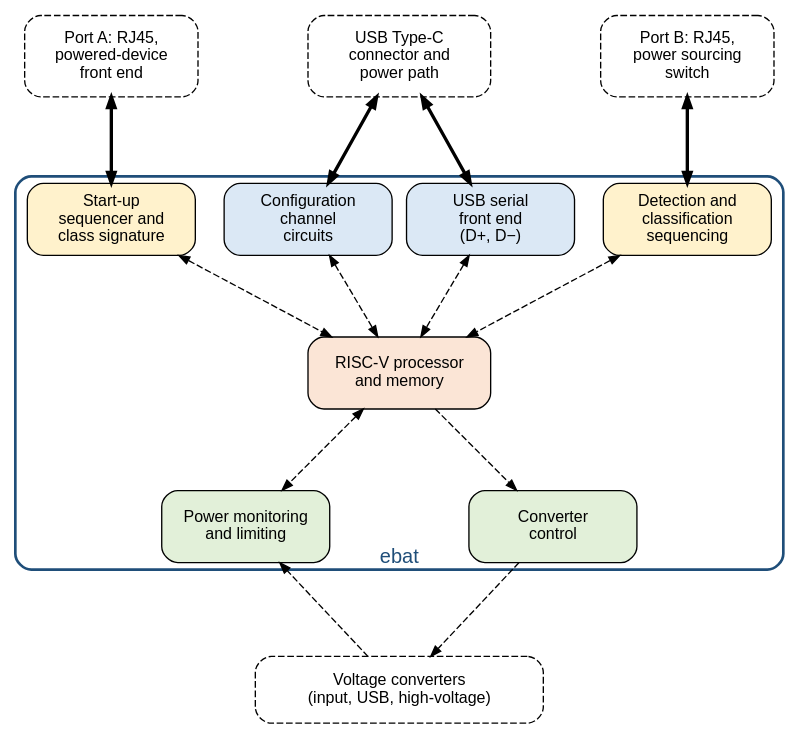
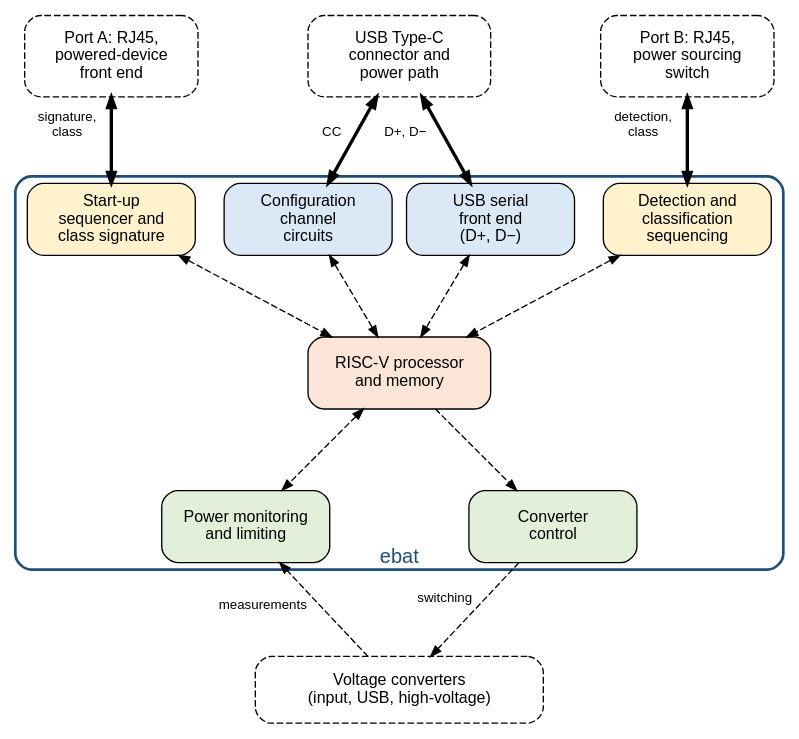
One commit to mithro/evampire changed the diagram in docs/ebat/block-diagram.dot. Above: the diagram before and after it, drawn with Graphviz. The commit also changed 5 other files, not shown here.

```diff
--- a/docs/ebat/block-diagram.dot
+++ b/docs/ebat/block-diagram.dot
@@ -1,82 +1,82 @@
 // ebat block diagram.
 // Bold arrows: power negotiation signals between the chip and the board
 // (detection, classification, configuration channel, USB data). Dashed
 // arrows: control and measurements.
 // Fill colours: white with a dashed outline, parts outside the chip; yellow,
 // Power over Ethernet circuits; blue, USB Type-C circuits; green, power
 // monitoring and converter control; orange, the processor.
 //
 // The blocks are placed on a fixed grid (positions in inches) so that the
 // diagram reads top to bottom and fits the width of a documentation page:
 //
 //   row 1 (y=7.6)  connectors and front ends outside the chip
 //   row 2 (y=5.9)  per-port circuits inside the chip
 //   row 3 (y=4.3)  processor
 //   row 4 (y=2.7)  monitoring and converter control
 //   row 5 (y=1.0)  voltage converters outside the chip
 //
 // SPDX-License-Identifier: Apache-2.0
 
 digraph ebat {
     graph [layout=neato, splines=false, overlap=true, outputorder=nodesfirst,
            fontname="Helvetica"];
     node  [shape=box, style="rounded,filled", fillcolor="#f2f2f2",
            fontname="Helvetica", fontsize=12, width=1.75, height=0.75,
            fixedsize=true];
-    edge  [arrowsize=0.8];
+    edge  [fontname="Helvetica", fontsize=10, arrowsize=0.8];
 
     // Outline of the chip, drawn first so it sits behind the blocks.
     chip [label="ebat", labelloc=b, fontsize=15, fontcolor="#1f4e79",
           pos="4.0,4.3!", width=8.0, height=4.1, style="rounded,bold",
           color="#1f4e79", fillcolor="none"];
 
     // Off-chip connectors and front ends.
     port_a [pos="1.0,7.6!", width=1.8, height=0.85,
             label="Port A: RJ45,\npowered-device\nfront end",
             style="rounded,filled,dashed", fillcolor="#ffffff"];
     usbc   [pos="4.0,7.6!", width=1.9, height=0.85,
             label="USB Type-C\nconnector and\npower path",
             style="rounded,filled,dashed", fillcolor="#ffffff"];
     port_b [pos="7.0,7.6!", width=1.8, height=0.85,
             label="Port B: RJ45,\npower sourcing\nswitch",
             style="rounded,filled,dashed", fillcolor="#ffffff"];
     conv   [pos="4.0,1.0!", width=3.0, height=0.7,
             label="Voltage converters\n(input, USB, high-voltage)",
             style="rounded,filled,dashed", fillcolor="#ffffff"];
 
     // Per-port circuits.
     seq  [pos="1.0,5.9!", label="Start-up\nsequencer and\nclass signature",
           fillcolor="#fff2cc"];
     cc   [pos="3.05,5.9!", label="Configuration\nchannel\ncircuits",
           fillcolor="#dbe8f5"];
     usbd [pos="4.95,5.9!", label="USB serial\nfront end\n(D+, D−)",
           fillcolor="#dbe8f5"];
     pse  [pos="7.0,5.9!", label="Detection and\nclassification\nsequencing",
           fillcolor="#fff2cc"];
 
     // Processor.
     cpu [pos="4.0,4.3!", label="RISC-V processor\nand memory",
          fillcolor="#fbe5d6", width=1.9];
 
     // Monitoring and converter control.
     mon  [pos="2.4,2.7!", label="Power monitoring\nand limiting",
           fillcolor="#e2f0d9"];
     ctrl [pos="5.6,2.7!", label="Converter\ncontrol",
           fillcolor="#e2f0d9"];
 
     // Signals between the chip and the board.
-    port_a -> seq  [dir=both, penwidth=2.5];
-    usbc   -> cc   [dir=both, penwidth=2.5];
-    usbc   -> usbd [dir=both, penwidth=2.5];
-    port_b -> pse  [dir=both, penwidth=2.5];
+    port_a -> seq  [dir=both, penwidth=2.5, label="signature,   \nclass   "];
+    usbc   -> cc   [dir=both, penwidth=2.5, label="CC   "];
+    usbc   -> usbd [dir=both, penwidth=2.5, label="D+, D−    "];
+    port_b -> pse  [dir=both, penwidth=2.5, label="detection,   \nclass   "];
 
     // Control.
     seq  -> cpu  [style=dashed, dir=both];
     cc   -> cpu  [style=dashed, dir=both];
     usbd -> cpu  [style=dashed, dir=both];
     pse  -> cpu  [style=dashed, dir=both];
     cpu  -> mon  [style=dashed, dir=both];
     cpu  -> ctrl [style=dashed];
-    conv -> mon  [style=dashed];
-    ctrl -> conv [style=dashed];
+    conv -> mon  [style=dashed, label="measurements    "];
+    ctrl -> conv [style=dashed, label="    switching"];
 }
```
